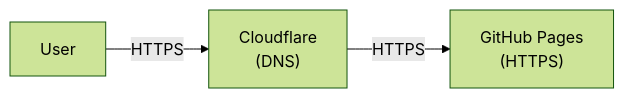
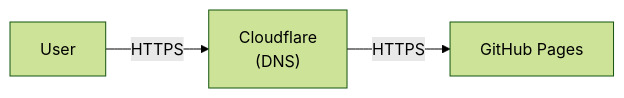
Before and after one commit to jeff-is-working/wa-bill-tracker: the third of 4 diagrams in docs/SECURITY.md, drawn with Mermaid (forest theme). The commit also changed other lines of this file and 6 other files, not shown here.

````diff
--- a/docs/SECURITY.md
+++ b/docs/SECURITY.md
@@ -311,8 +265,4 @@
 ```mermaid
 flowchart LR
-    USER["User"]
-    CF["Cloudflare<br/>(DNS)"]
-    GH["GitHub Pages<br/>(HTTPS)"]
-
-    USER -->|HTTPS| CF -->|HTTPS| GH
+    USER["User"] -->|"HTTPS"| CF["Cloudflare\n(DNS)"] -->|"HTTPS"| GH["GitHub Pages"]
 ```
````
